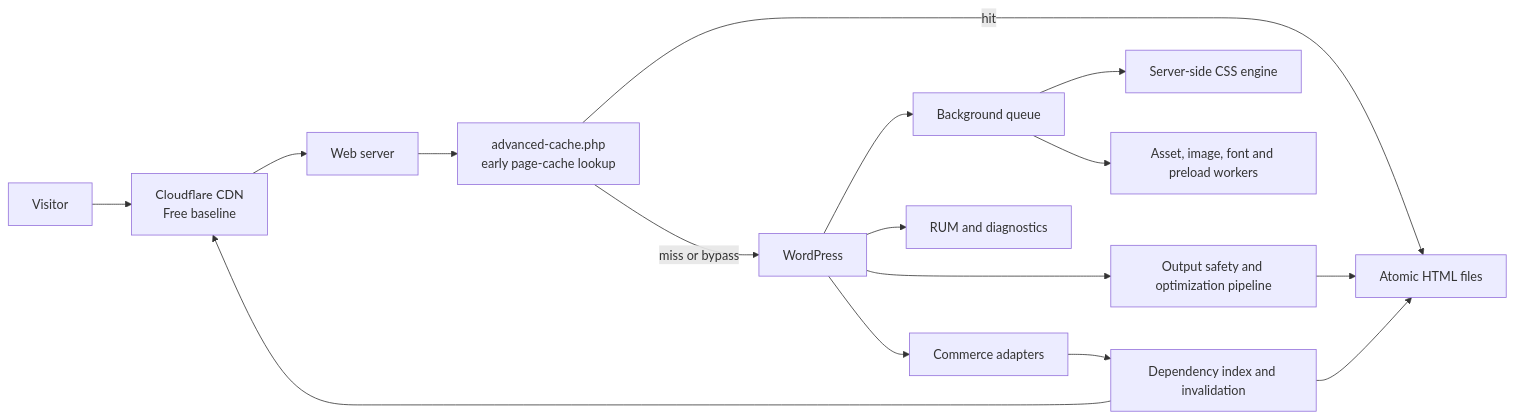
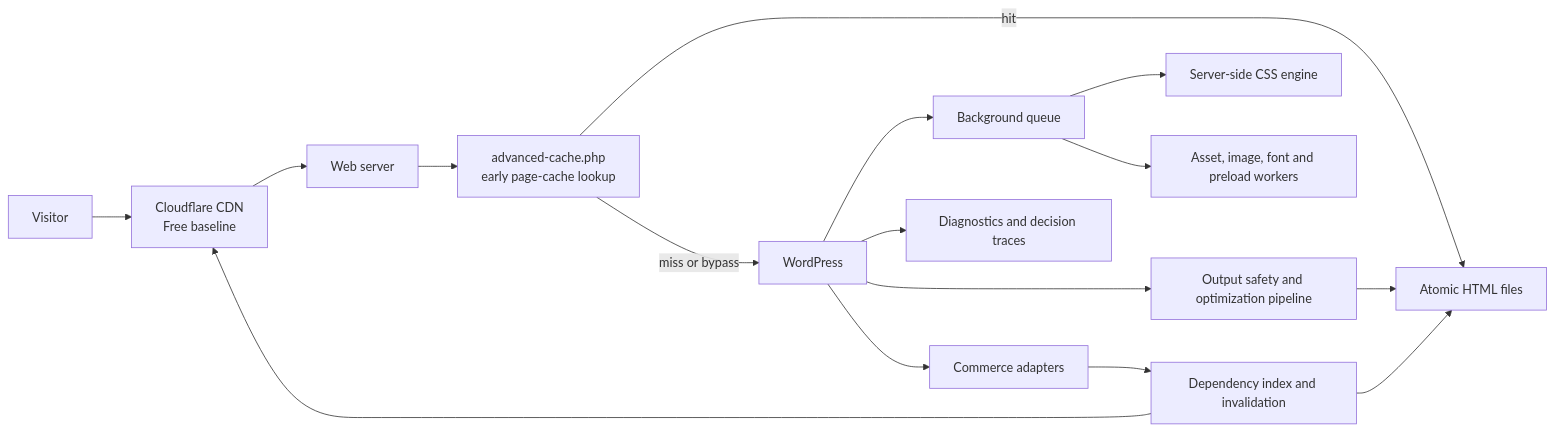
Before and after one commit to wpgaurav/gt-performance: the diagram in PRODUCT-PLAN.md, drawn with Mermaid. The commit also changed other lines of this file and 21 other files, not shown here.

````diff
--- a/PRODUCT-PLAN.md
+++ b/PRODUCT-PLAN.md
@@ -72,18 +71,18 @@
 ```mermaid
 flowchart LR
     V["Visitor"] --> CF["Cloudflare CDN<br/>Free baseline"]
     CF --> S["Web server"]
     S --> D["advanced-cache.php<br/>early page-cache lookup"]
     D -->|hit| F["Atomic HTML files"]
     D -->|miss or bypass| WP["WordPress"]
     WP --> O["Output safety and optimization pipeline"]
     O --> F
     WP --> Q["Background queue"]
     Q --> CSS["Server-side CSS engine"]
     Q --> A["Asset, image, font and preload workers"]
     WP --> C["Commerce adapters"]
     C --> I["Dependency index and invalidation"]
     I --> F
     I --> CF
-    WP --> R["RUM and diagnostics"]
+    WP --> R["Diagnostics and decision traces"]
 ```
````
